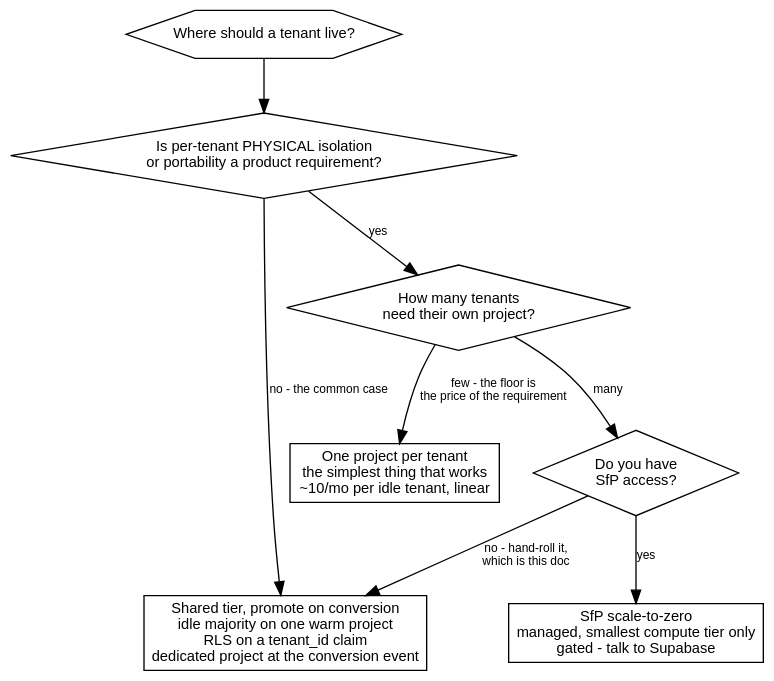
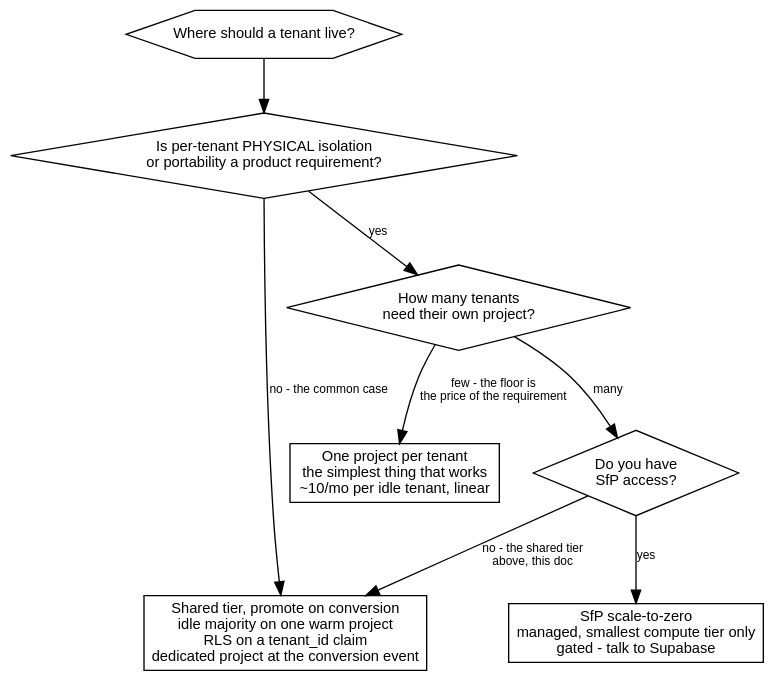
One commit to erfianugrah/lexicanum changed the second of 2 diagrams in src/content/docs/reference/supabase-multitenant-platform.mdx. Above: the diagram before and after it, drawn with Graphviz. The commit also changed other lines of this file, not shown here.

````diff
--- a/src/content/docs/reference/supabase-multitenant-platform.mdx
+++ b/src/content/docs/reference/supabase-multitenant-platform.mdx
@@ -373,29 +384,29 @@
 ```dot
 digraph {
   rankdir=TB; bgcolor="transparent"; nodesep=0.35; ranksep=0.55;
   fontname="Helvetica,Arial,sans-serif";
   node [fontname="Helvetica,Arial,sans-serif", fontsize=11, shape=box];
   edge [fontname="Helvetica,Arial,sans-serif", fontsize=9];
 
   root [label="Where should a tenant live?", shape=hexagon];
 
   q1 [label="Is per-tenant PHYSICAL isolation\nor portability a product requirement?", shape=diamond];
   root -> q1;
 
   shared [label="Shared tier, promote on conversion\nidle majority on one warm project\nRLS on a tenant_id claim\ndedicated project at the conversion event"];
   q1 -> shared [label="no - the common case"];
 
   q2 [label="How many tenants\nneed their own project?", shape=diamond];
   q1 -> q2 [label="yes"];
 
   perproject [label="One project per tenant\nthe simplest thing that works\n~10/mo per idle tenant, linear"];
   q2 -> perproject [label="few - the floor is\nthe price of the requirement"];
 
   q3 [label="Do you have\nSfP access?", shape=diamond];
   q2 -> q3 [label="many"];
 
   sfp [label="SfP scale-to-zero\nmanaged, smallest compute tier only\ngated - talk to Supabase"];
   q3 -> sfp [label="yes"];
-  q3 -> shared [label="no - hand-roll it,\nwhich is this doc"];
+  q3 -> shared [label="no - the shared tier\nabove, this doc"];
 }
 ```
````
